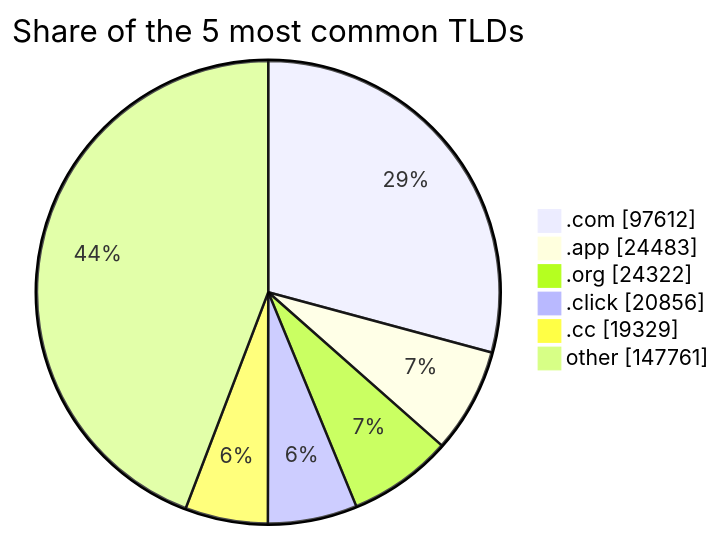
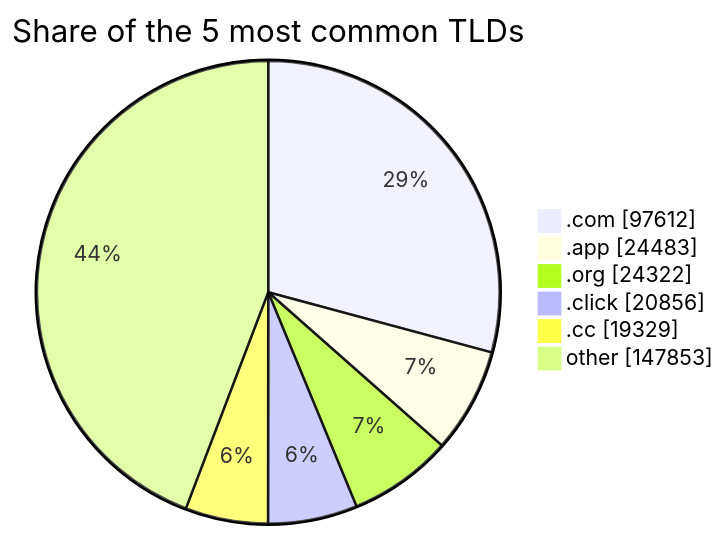
The third of 3 diagrams in README.md (DNSBunker/CTI), drawn with Mermaid before and after one commit. The commit also changed other lines of this file and 4 other files, not shown here.

````diff
--- a/README.md
+++ b/README.md
@@ -81,9 +81,9 @@
 ```mermaid
 pie showData title Share of the 5 most common TLDs
     ".com" : 97612
     ".app" : 24483
     ".org" : 24322
     ".click" : 20856
     ".cc" : 19329
-    "other" : 147761
+    "other" : 147853
 ```
````
